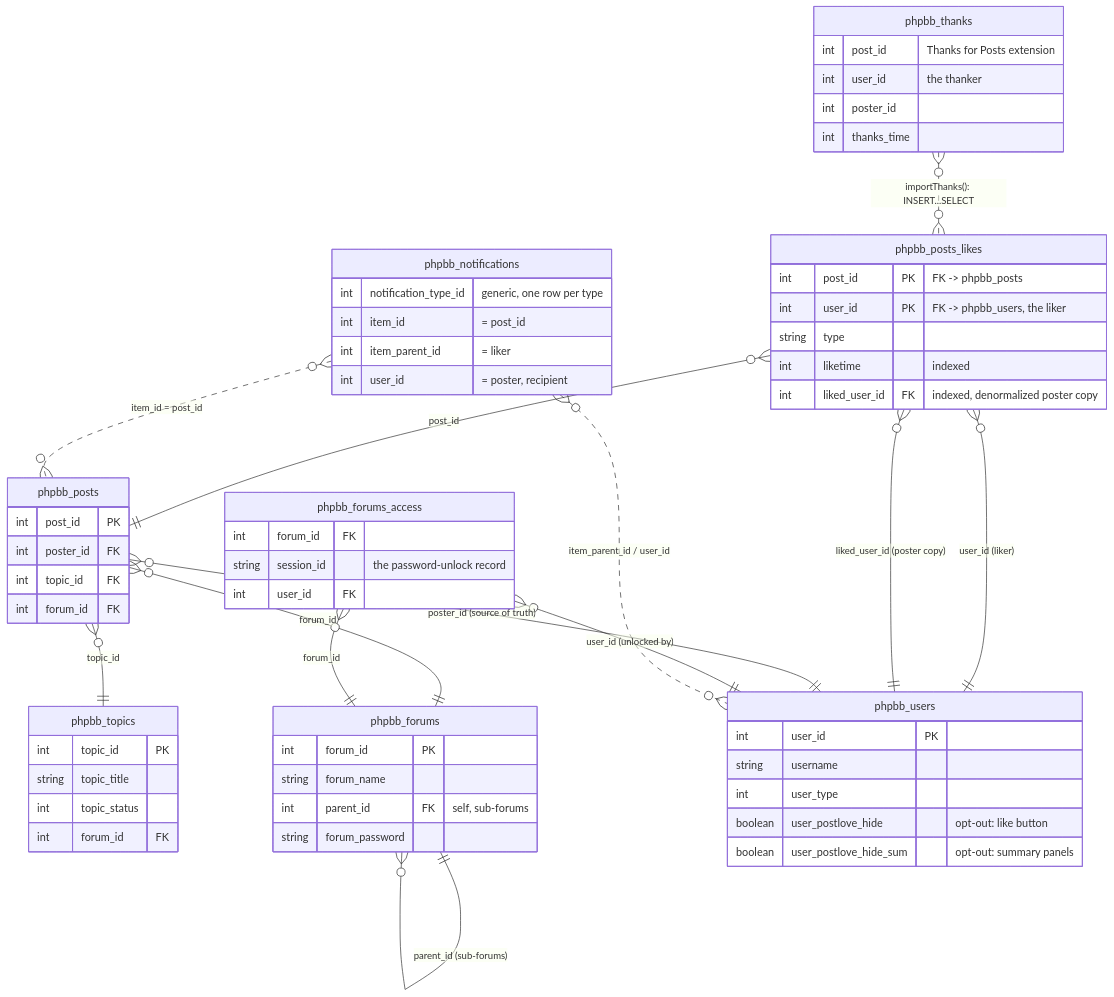
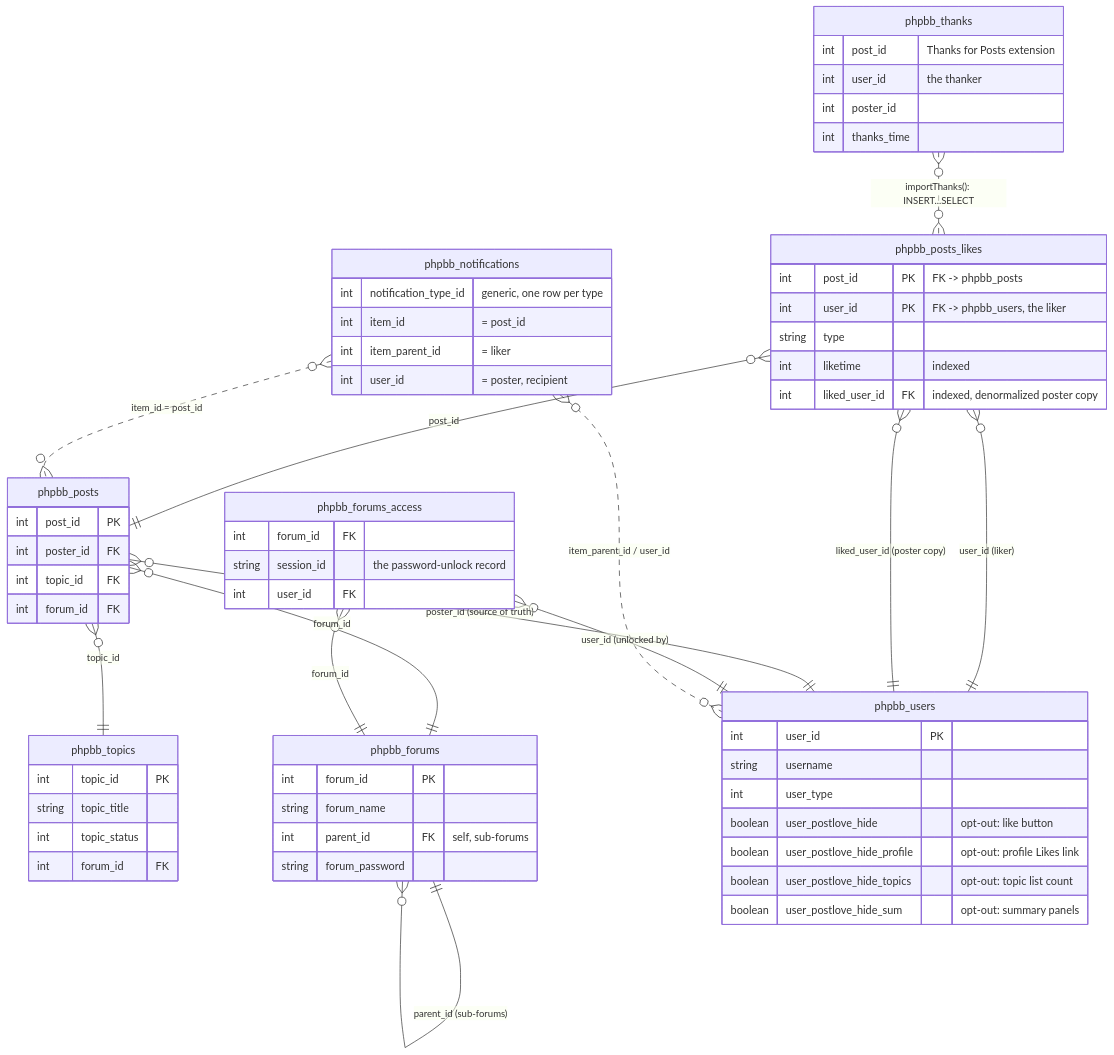
One commit to avatharbe/postlove changed the diagram in contrib/database-schema.md. Above: the diagram before and after it, drawn with Mermaid. The commit also changed 18 other files, not shown here.

````diff
--- a/contrib/database-schema.md
+++ b/contrib/database-schema.md
@@ -9,72 +9,74 @@
 ```mermaid
 erDiagram
     phpbb_posts_likes {
         int post_id PK "FK -> phpbb_posts"
         int user_id PK "FK -> phpbb_users, the liker"
         string type
         int liketime "indexed"
         int liked_user_id FK "indexed, denormalized poster copy"
     }
 
     phpbb_posts {
         int post_id PK
         int poster_id FK
         int topic_id FK
         int forum_id FK
     }
 
     phpbb_topics {
         int topic_id PK
         string topic_title
         int topic_status
         int forum_id FK
     }
 
     phpbb_forums {
         int forum_id PK
         string forum_name
         int parent_id FK "self, sub-forums"
         string forum_password
     }
 
     phpbb_forums_access {
         int forum_id FK
         string session_id "the password-unlock record"
         int user_id FK
     }
 
     phpbb_users {
         int user_id PK
         string username
         int user_type
         boolean user_postlove_hide "opt-out: like button"
+        boolean user_postlove_hide_profile "opt-out: profile Likes link"
+        boolean user_postlove_hide_topics "opt-out: topic list count"
         boolean user_postlove_hide_sum "opt-out: summary panels"
     }
 
     phpbb_thanks {
         int post_id "Thanks for Posts extension"
         int user_id "the thanker"
         int poster_id
         int thanks_time
     }
 
     phpbb_notifications {
         int notification_type_id "generic, one row per type"
         int item_id "= post_id"
         int item_parent_id "= liker"
         int user_id "= poster, recipient"
     }
 
     phpbb_posts_likes }o--|| phpbb_posts        : "post_id"
     phpbb_posts_likes }o--|| phpbb_users        : "user_id (liker)"
     phpbb_posts_likes }o--|| phpbb_users        : "liked_user_id (poster copy)"
     phpbb_posts        }o--|| phpbb_users        : "poster_id (source of truth)"
     phpbb_posts        }o--|| phpbb_topics       : "topic_id"
     phpbb_posts        }o--|| phpbb_forums       : "forum_id"
     phpbb_forums        ||--o{ phpbb_forums       : "parent_id (sub-forums)"
     phpbb_forums_access }o--|| phpbb_forums       : "forum_id"
     phpbb_forums_access }o--|| phpbb_users        : "user_id (unlocked by)"
     phpbb_thanks        }o..o{ phpbb_posts_likes  : "importThanks(): INSERT...SELECT"
     phpbb_notifications }o..o{ phpbb_posts        : "item_id = post_id"
     phpbb_notifications }o..o{ phpbb_users        : "item_parent_id / user_id"
 ```
````
